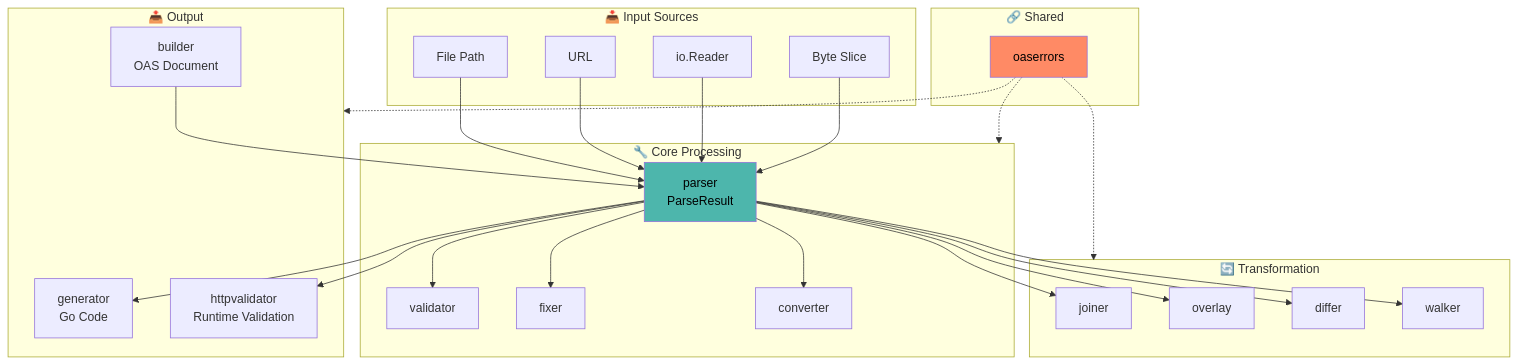
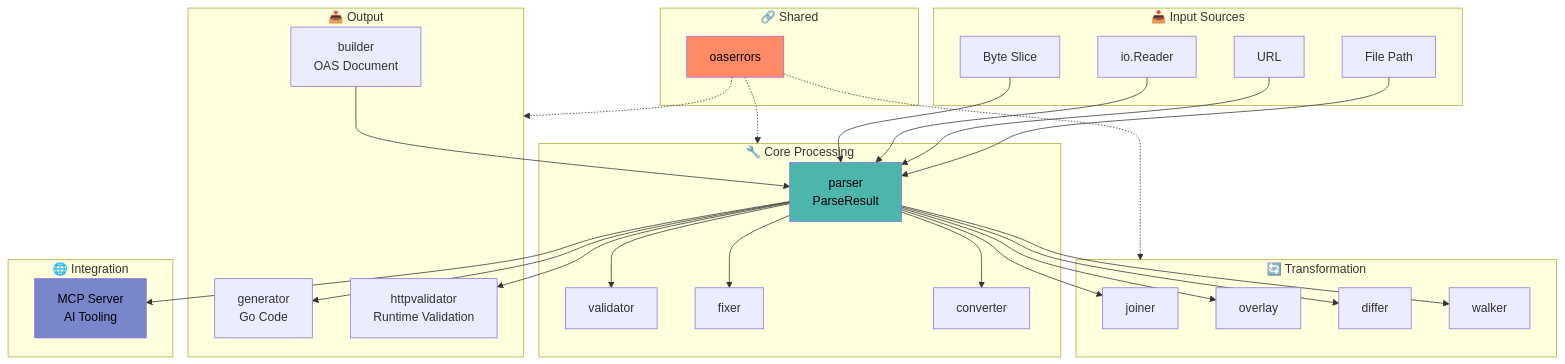
One commit to erraggy/oastools changed the diagram in docs/whitepaper.md. Above: the diagram before and after it, drawn with Mermaid. The commit also changed other lines of this file and 31 other files, not shown here.

````diff
--- a/docs/whitepaper.md
+++ b/docs/whitepaper.md
@@ -152,57 +154,63 @@
 ```mermaid
 flowchart TB
     subgraph Input["📥 Input Sources"]
         File[File Path]
         URL[URL]
         Reader[io.Reader]
         Bytes[Byte Slice]
     end
 
     subgraph Core["🔧 Core Processing"]
         Parser[parser<br/>ParseResult]
         Validator[validator]
         Fixer[fixer]
         Converter[converter]
     end
 
     subgraph Transform["🔄 Transformation"]
         Joiner[joiner]
         Overlay[overlay]
         Differ[differ]
         Walker[walker]
     end
 
     subgraph Output["📤 Output"]
         Generator[generator<br/>Go Code]
         Builder[builder<br/>OAS Document]
         HTTPValidator[httpvalidator<br/>Runtime Validation]
     end
 
+    subgraph Integration["🌐 Integration"]
+        MCPServer[MCP Server<br/>AI Tooling]
+    end
+
     subgraph Shared["🔗 Shared"]
         OASErrors[oaserrors]
     end
 
     File --> Parser
     URL --> Parser
     Reader --> Parser
     Bytes --> Parser
 
     Parser --> Validator
     Parser --> Fixer
     Parser --> Converter
     Parser --> Joiner
     Parser --> Overlay
     Parser --> Differ
     Parser --> Walker
     Parser --> Generator
     Parser --> HTTPValidator
+    Parser --> MCPServer
 
     Builder --> Parser
 
     OASErrors -.-> Core
     OASErrors -.-> Transform
     OASErrors -.-> Output
 
     style Parser fill:#4db6ac,color:#000
     style OASErrors fill:#ff8a65,color:#000
+    style MCPServer fill:#7986cb,color:#000
 ```
````
